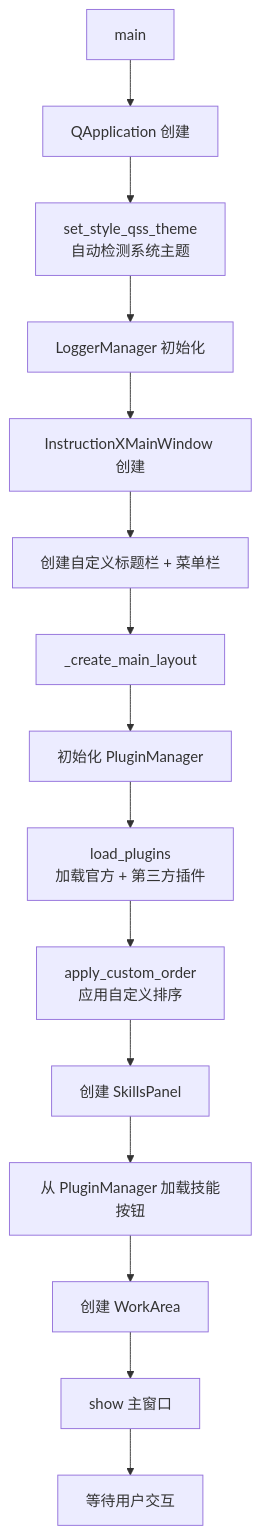
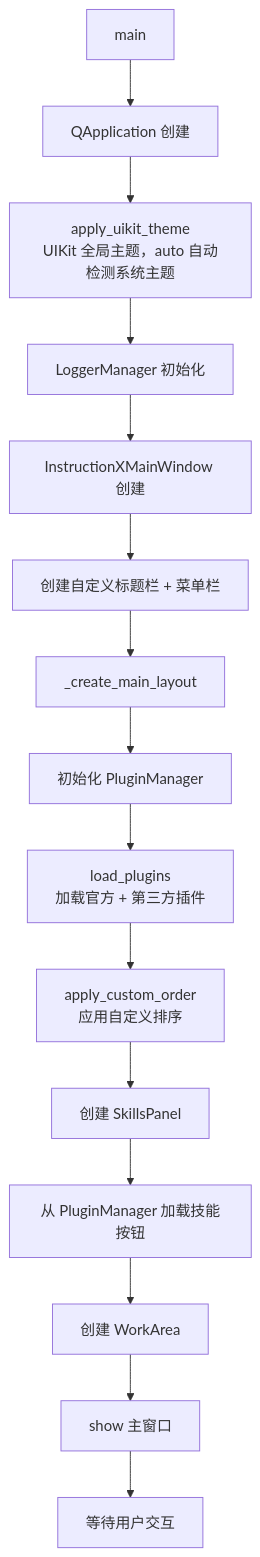
The fourth of 4 diagrams in docs/architecture/overview.md (KKPIP-Tech/InstructionX), drawn with Mermaid before and after one commit. The commit also changed other lines of this file and 13 other files, not shown here.

Commit message:
docs: 主题系统文档同步至 UIKit 架构：新增 docs/utils/uikit-theme.md（删除 style-qss.md），AGENTS.md 与 8 篇架构/UI 文档的 StyleQSS 引用全量更新为 uikit_bootstrap/uikit_theme/T() 令牌体系，usage_panel docstring 同步

````diff
--- a/docs/architecture/overview.md
+++ b/docs/architecture/overview.md
@@ -436,17 +437,17 @@
 ```mermaid
 flowchart TD
     A[main] --> B[QApplication 创建]
-    B --> C[set_style_qss_theme<br/>自动检测系统主题]
+    B --> C[apply_uikit_theme<br/>UIKit 全局主题，auto 自动检测系统主题]
     C --> D[LoggerManager 初始化]
     D --> E[InstructionXMainWindow 创建]
     E --> F[创建自定义标题栏 + 菜单栏]
     F --> G[_create_main_layout]
     G --> G1[初始化 PluginManager]
     G1 --> G2[load_plugins<br/>加载官方 + 第三方插件]
     G2 --> G3[apply_custom_order<br/>应用自定义排序]
     G3 --> H[创建 SkillsPanel]
     H --> I[从 PluginManager 加载技能按钮]
     I --> J[创建 WorkArea]
     J --> K[show 主窗口]
     K --> L[等待用户交互]
 ```
````
